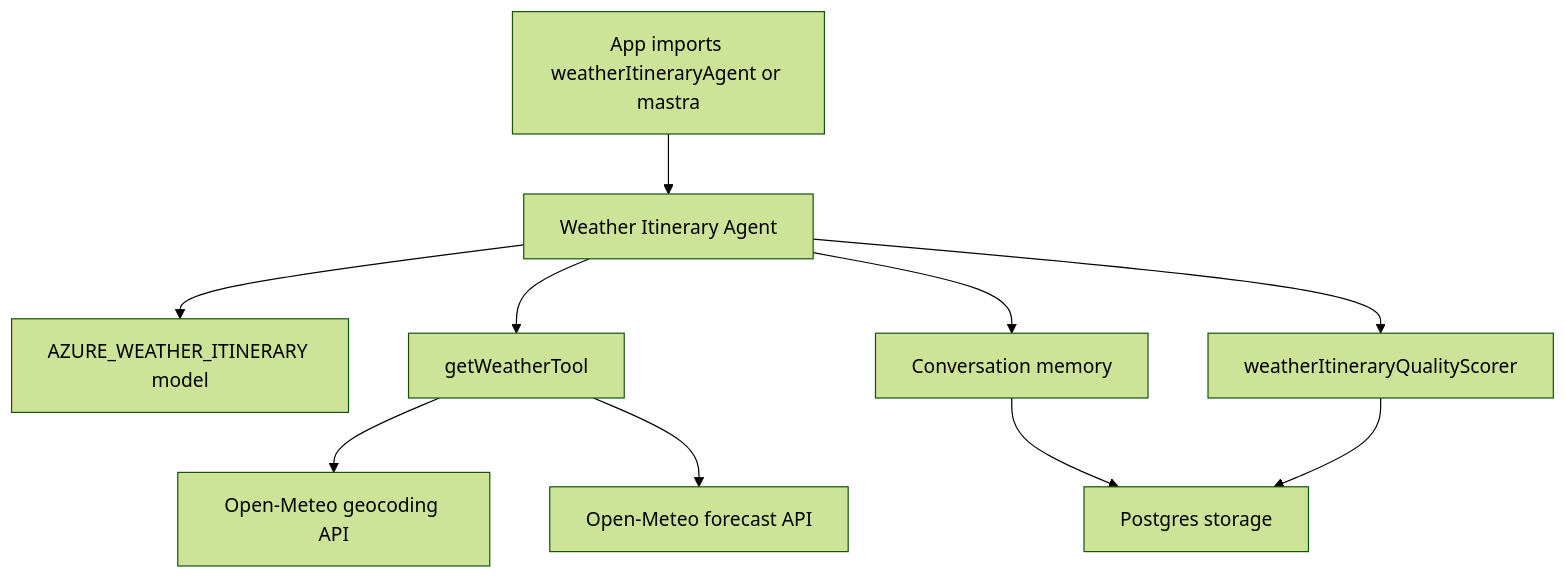
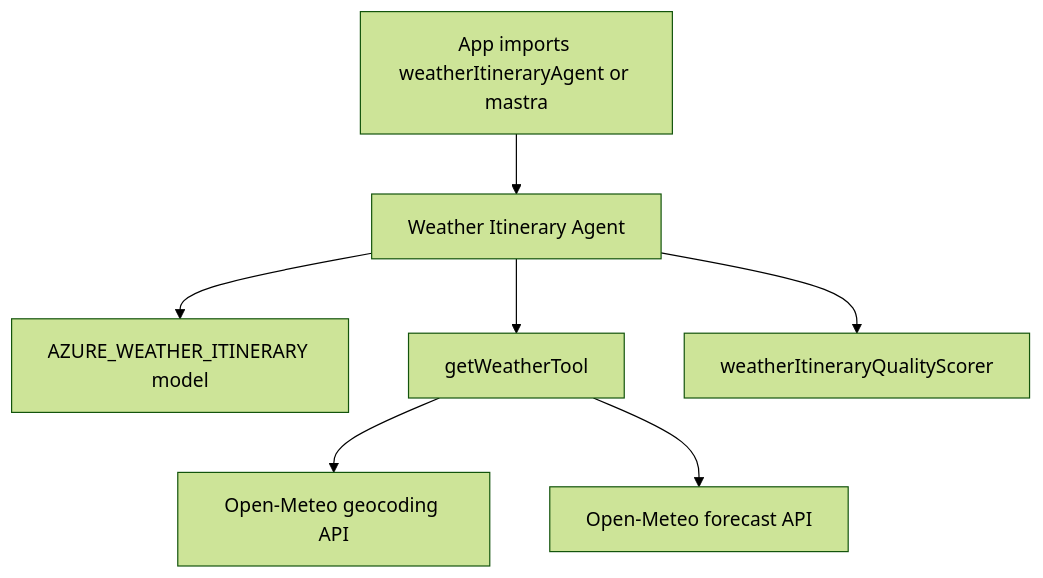
Before and after one commit to Abbhiishek/Turborepo-starter-template-saas: the diagram in packages/ai/README.md, drawn with Mermaid (forest theme). The commit also changed other lines of this file and 20 other files, not shown here.

````diff
--- a/packages/ai/README.md
+++ b/packages/ai/README.md
@@ -320,12 +272,9 @@
 ```mermaid
 flowchart TD
   A["App imports weatherItineraryAgent or mastra"] --> B["Weather Itinerary Agent"]
   B --> C["AZURE_WEATHER_ITINERARY model"]
   B --> D["getWeatherTool"]
   D --> E["Open-Meteo geocoding API"]
   D --> F["Open-Meteo forecast API"]
-  B --> G["Conversation memory"]
-  G --> H["Postgres storage"]
   B --> I["weatherItineraryQualityScorer"]
-  I --> H
 ```
````
